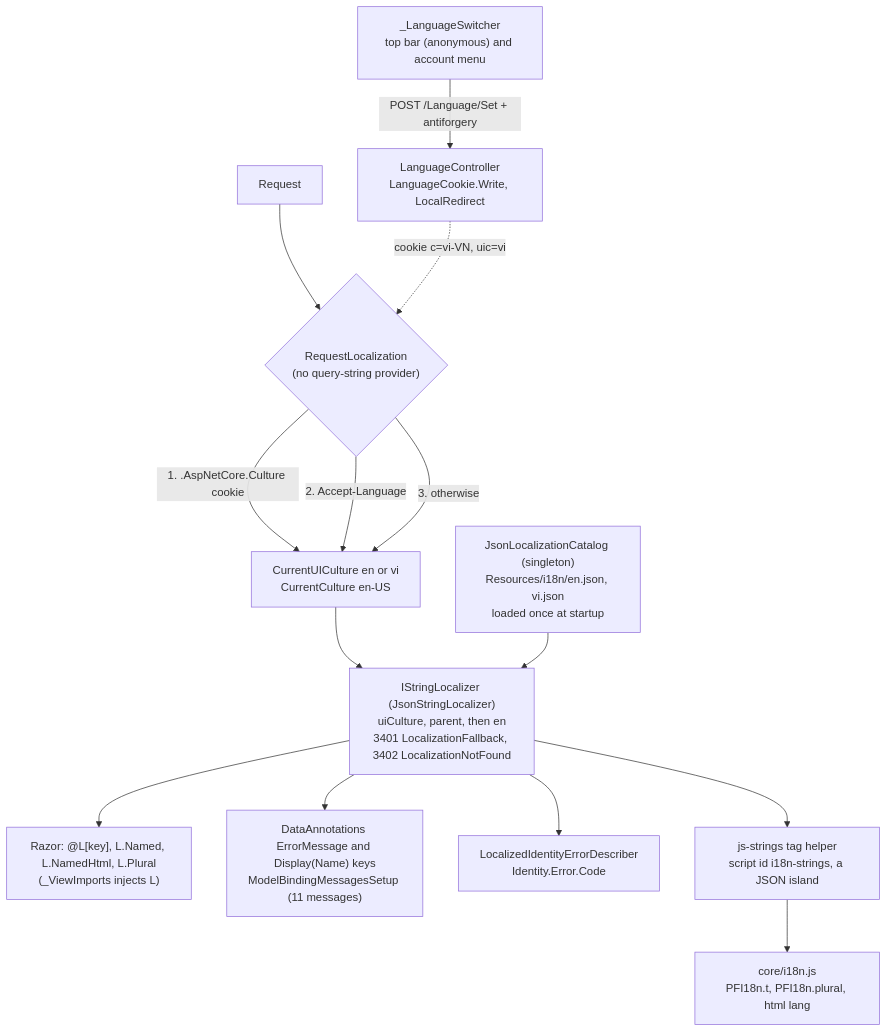
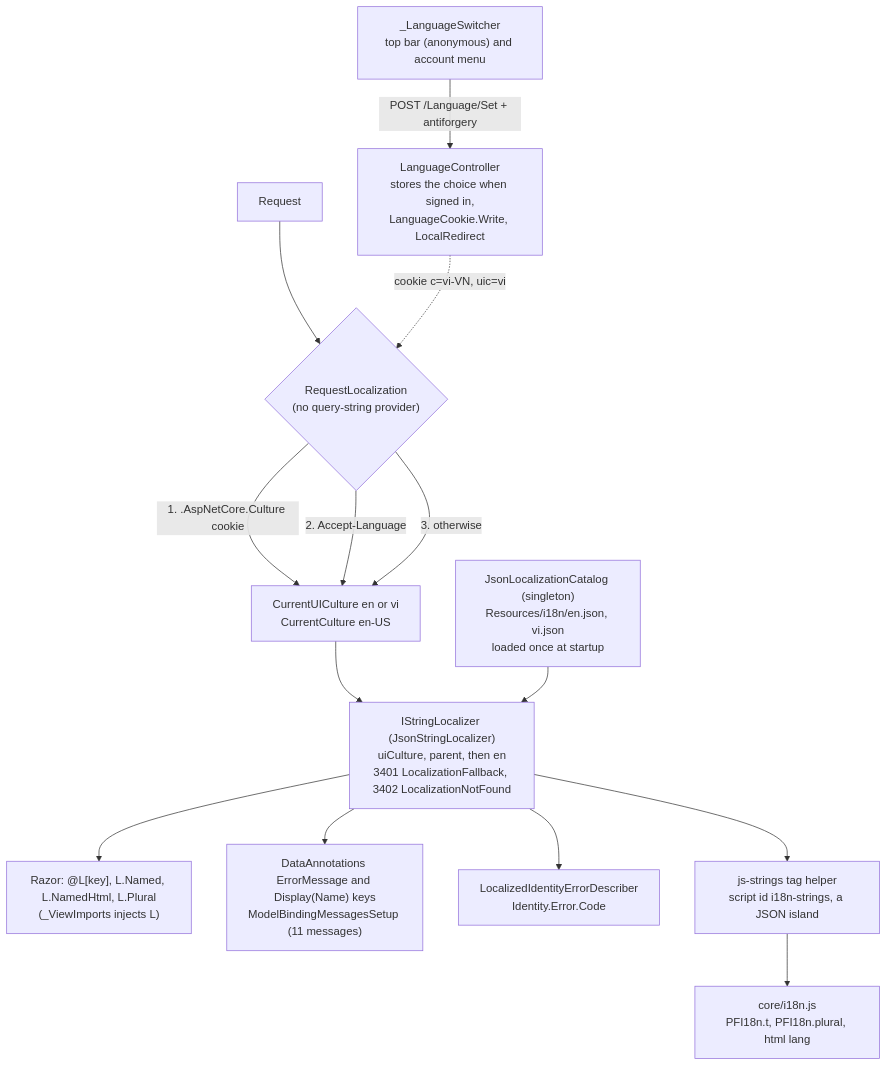
Before and after one commit to tngo0508/PersonalFinance: diagram 22 of 24 in docs/DIAGRAMS.md, drawn with Mermaid. The commit also changed other lines of this file and 5 other files, not shown here.

Commit message:
test(e2e), docs: stored Language smoke steps, diagrams, 7.0.0

````diff
--- a/docs/DIAGRAMS.md
+++ b/docs/DIAGRAMS.md
@@ -1215,15 +1225,15 @@
 ```mermaid
 flowchart TB
     req["Request"] --> rl{"RequestLocalization<br/>(no query-string provider)"}
     rl -- "1. .AspNetCore.Culture cookie" --> ui["CurrentUICulture en or vi<br/>CurrentCulture en-US"]
     rl -- "2. Accept-Language" --> ui
     rl -- "3. otherwise" --> ui
     ui --> loc["IStringLocalizer (JsonStringLocalizer)<br/>uiCulture, parent, then en<br/>3401 LocalizationFallback, 3402 LocalizationNotFound"]
     cat["JsonLocalizationCatalog (singleton)<br/>Resources/i18n/en.json, vi.json<br/>loaded once at startup"] --> loc
     loc --> razor["Razor: @L[key], L.Named, L.NamedHtml, L.Plural<br/>(_ViewImports injects L)"]
     loc --> da["DataAnnotations ErrorMessage and Display(Name) keys<br/>ModelBindingMessagesSetup (11 messages)"]
     loc --> idn["LocalizedIdentityErrorDescriber<br/>Identity.Error.Code"]
     loc --> js["js-strings tag helper<br/>script id i18n-strings, a JSON island"] --> pfi["core/i18n.js<br/>PFI18n.t, PFI18n.plural, html lang"]
-    sw["_LanguageSwitcher<br/>top bar (anonymous) and account menu"] -- "POST /Language/Set + antiforgery" --> lc["LanguageController<br/>LanguageCookie.Write, LocalRedirect"]
+    sw["_LanguageSwitcher<br/>top bar (anonymous) and account menu"] -- "POST /Language/Set + antiforgery" --> lc["LanguageController<br/>stores the choice when signed in,<br/>LanguageCookie.Write, LocalRedirect"]
     lc -. "cookie c=vi-VN, uic=vi" .-> rl
 ```
````
